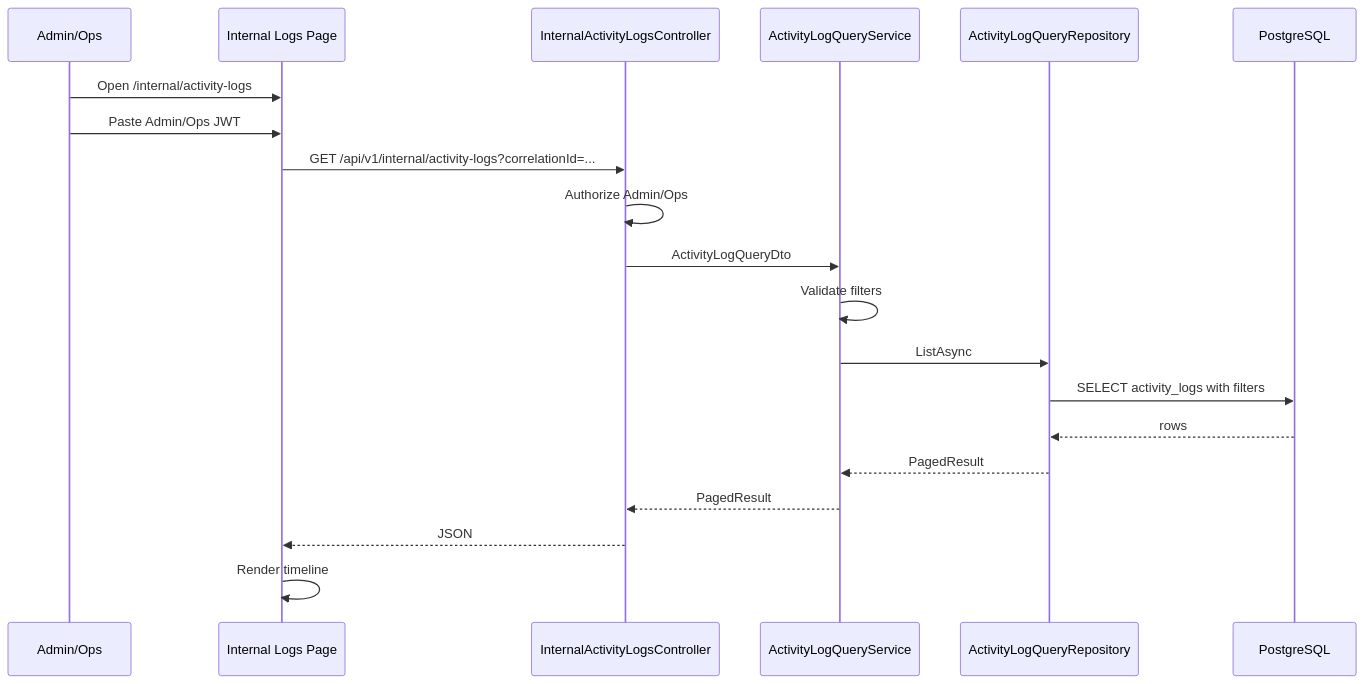
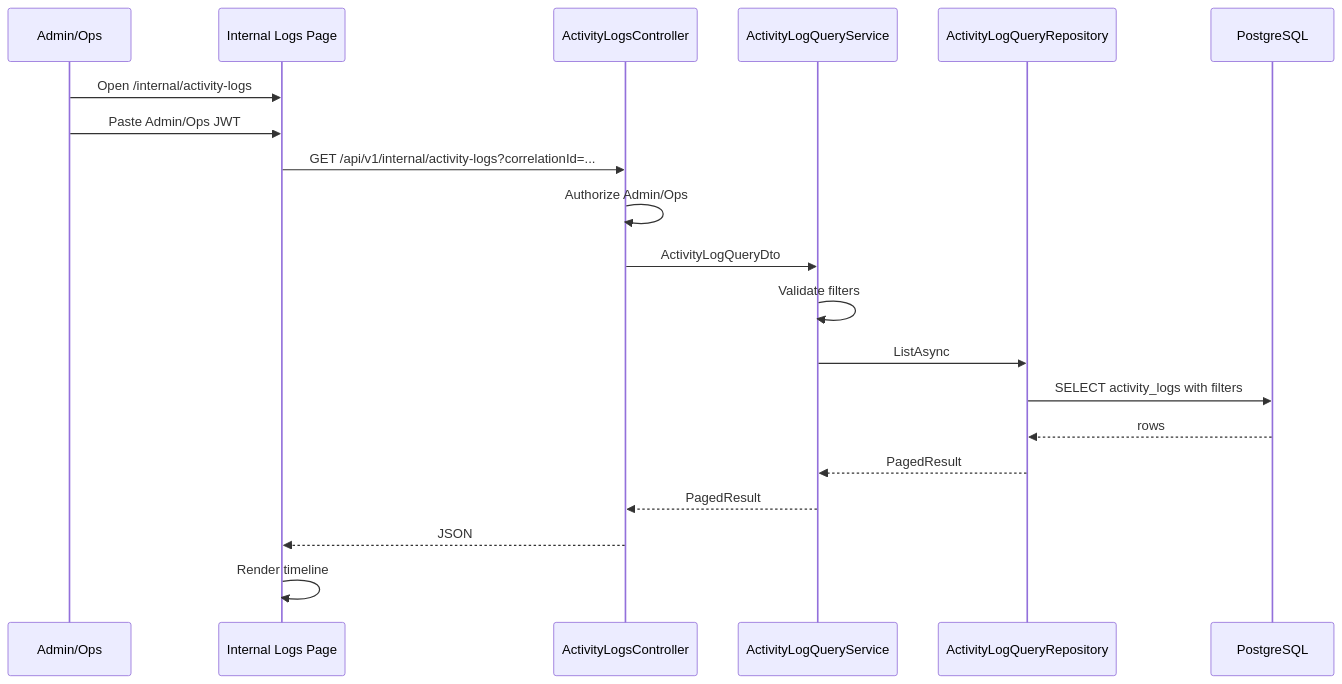
One commit to chesterit21/order-management-poc changed diagram 13 of 16 in docs/architecture-diagram.md. Above: the diagram before and after it, drawn with Mermaid. The commit also changed other lines of this file and 10 other files, not shown here.

````diff
--- a/docs/architecture-diagram.md
+++ b/docs/architecture-diagram.md
@@ -670,23 +806,23 @@
 ```mermaid
 sequenceDiagram
     participant User as Admin/Ops
     participant Page as Internal Logs Page
-    participant API as InternalActivityLogsController
+    participant API as ActivityLogsController
     participant Service as ActivityLogQueryService
     participant Repo as ActivityLogQueryRepository
     participant DB as PostgreSQL
 
     User->>Page: Open /internal/activity-logs
     User->>Page: Paste Admin/Ops JWT
     Page->>API: GET /api/v1/internal/activity-logs?correlationId=...
     API->>API: Authorize Admin/Ops
     API->>Service: ActivityLogQueryDto
     Service->>Service: Validate filters
     Service->>Repo: ListAsync
     Repo->>DB: SELECT activity_logs with filters
     DB-->>Repo: rows
     Repo-->>Service: PagedResult
     Service-->>API: PagedResult
     API-->>Page: JSON
     Page->>Page: Render timeline
 ```
````
